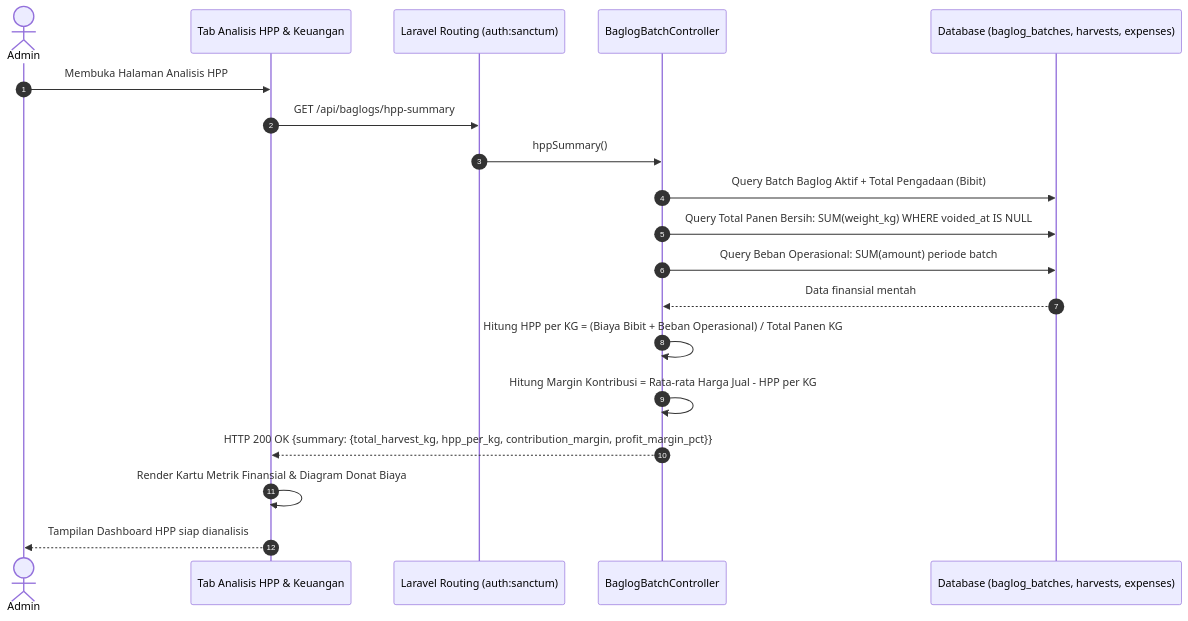
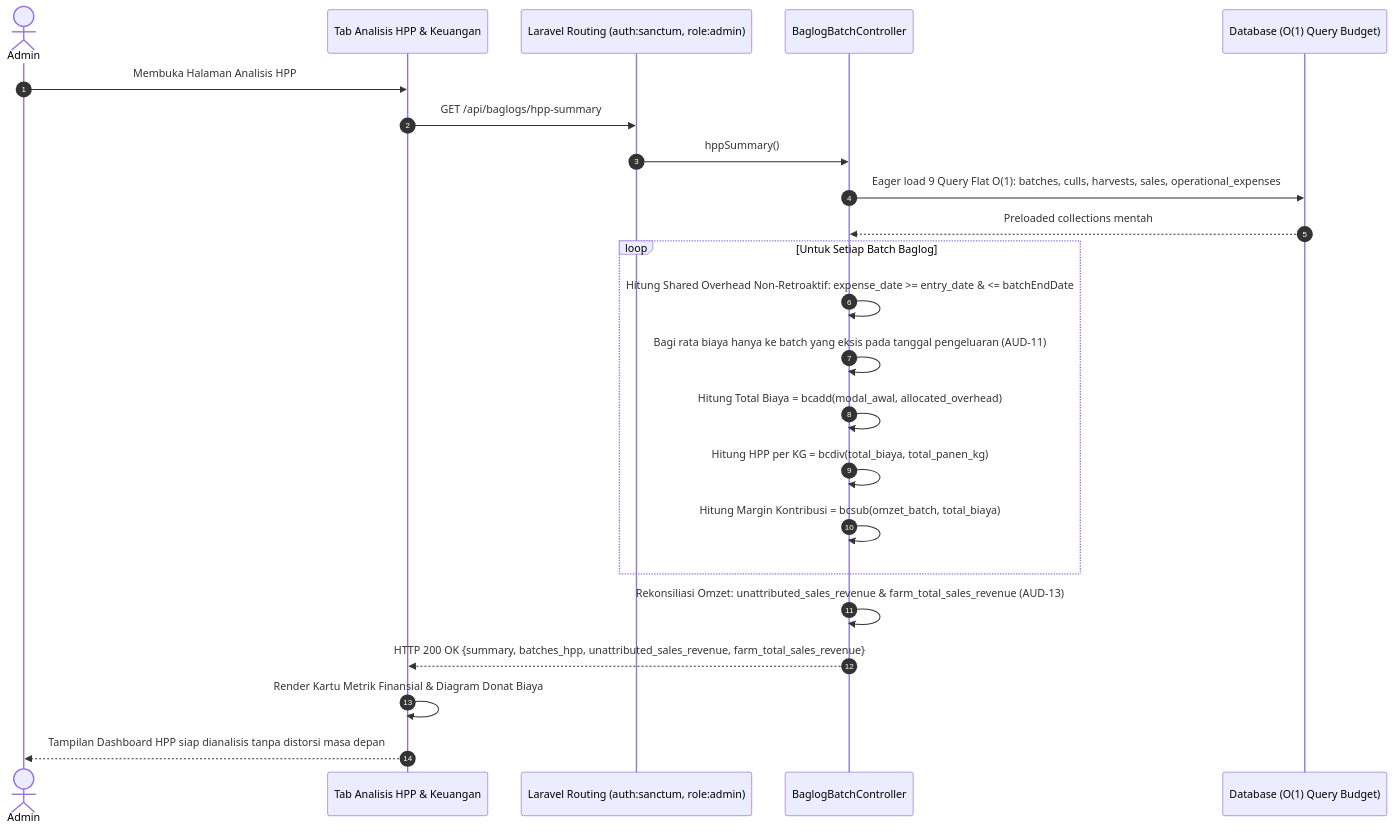
Before and after one commit to Kaz0342/TA: the ninth of 12 diagrams in docs/sequence_diagram.md, drawn with Mermaid. The commit also changed other lines of this file and 8 other files, not shown here.

Commit message:
docs(architecture): sinkronisasi komprehensif ERD, 30 Use Case, Sequence Diagram SD-01..SD-12, DFD Level 0..2, dan audit trail

````diff
--- a/docs/sequence_diagram.md
+++ b/docs/sequence_diagram.md
@@ -338,22 +370,26 @@
 ```mermaid
 sequenceDiagram
     autonumber
     actor Admin as Admin
     participant FE as Tab Analisis HPP & Keuangan
-    participant API as Laravel Routing (auth:sanctum)
+    participant API as Laravel Routing (auth:sanctum, role:admin)
     participant Ctrl as BaglogBatchController
-    participant DB as Database (baglog_batches, harvests, expenses)
+    participant DB as Database (O(1) Query Budget)
 
     Admin->>FE: Membuka Halaman Analisis HPP
     FE->>API: GET /api/baglogs/hpp-summary
     API->>Ctrl: hppSummary()
-    Ctrl->>DB: Query Batch Baglog Aktif + Total Pengadaan (Bibit)
-    Ctrl->>DB: Query Total Panen Bersih: SUM(weight_kg) WHERE voided_at IS NULL
-    Ctrl->>DB: Query Beban Operasional: SUM(amount) periode batch
-    DB-->>Ctrl: Data finansial mentah
-    Ctrl->>Ctrl: Hitung HPP per KG = (Biaya Bibit + Beban Operasional) / Total Panen KG
-    Ctrl->>Ctrl: Hitung Margin Kontribusi = Rata-rata Harga Jual - HPP per KG
-    Ctrl-->>FE: HTTP 200 OK {summary: {total_harvest_kg, hpp_per_kg, contribution_margin, profit_margin_pct}}
+    Ctrl->>DB: Eager load 9 Query Flat O(1): batches, culls, harvests, sales, operational_expenses
+    DB-->>Ctrl: Preloaded collections mentah
+    loop Untuk Setiap Batch Baglog
+        Ctrl->>Ctrl: Hitung Shared Overhead Non-Retroaktif: expense_date >= entry_date & <= batchEndDate
+        Ctrl->>Ctrl: Bagi rata biaya hanya ke batch yang eksis pada tanggal pengeluaran (AUD-11)
+        Ctrl->>Ctrl: Hitung Total Biaya = bcadd(modal_awal, allocated_overhead)
+        Ctrl->>Ctrl: Hitung HPP per KG = bcdiv(total_biaya, total_panen_kg)
+        Ctrl->>Ctrl: Hitung Margin Kontribusi = bcsub(omzet_batch, total_biaya)
+    end
+    Ctrl->>Ctrl: Rekonsiliasi Omzet: unattributed_sales_revenue & farm_total_sales_revenue (AUD-13)
+    Ctrl-->>FE: HTTP 200 OK {summary, batches_hpp, unattributed_sales_revenue, farm_total_sales_revenue}
     FE->>FE: Render Kartu Metrik Finansial & Diagram Donat Biaya
-    FE-->>Admin: Tampilan Dashboard HPP siap dianalisis
+    FE-->>Admin: Tampilan Dashboard HPP siap dianalisis tanpa distorsi masa depan
 ```
````
